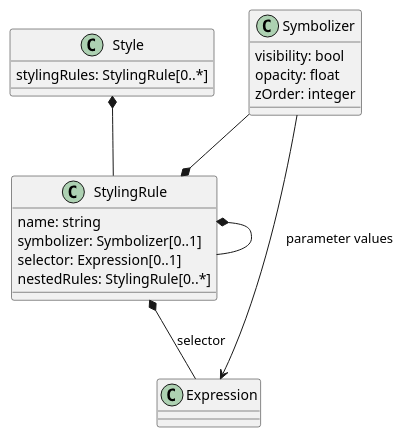
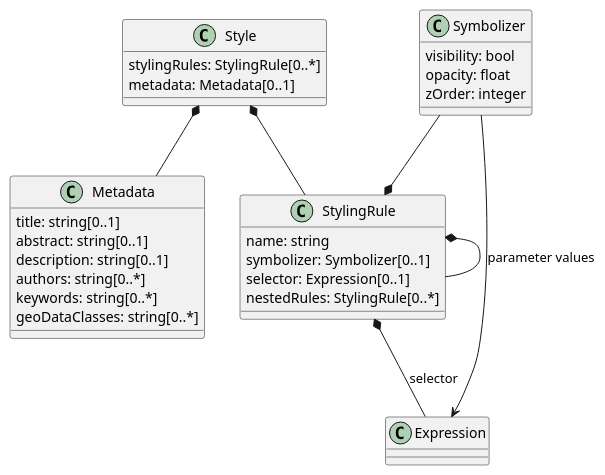
The first of 6 diagrams in 1-core/sections/clause_7_core.adoc (opengeospatial/styles-and-symbology), drawn with PlantUML before and after one commit. The commit also changed other lines of this file and 1 other file, not shown here.

Commit message:
add style metadata

```diff
--- a/1-core/sections/clause_7_core.adoc
+++ b/1-core/sections/clause_7_core.adoc
@@ -9,22 +9,31 @@
 [plantuml, target=diagram-classes, format=png]
 ....
 Style : stylingRules: StylingRule[0..*]
 Style *-- StylingRule
+Style : metadata: Metadata[0..1]
+Style *-- Metadata
+
+Metadata : title: string[0..1]
+Metadata : abstract: string[0..1]
+Metadata : description: string[0..1]
+Metadata : authors: string[0..*]
+Metadata : keywords: string[0..*]
+Metadata : geoDataClasses: string[0..*]
 
 StylingRule : name: string
 StylingRule : symbolizer: Symbolizer[0..1]
 StylingRule : selector: Expression[0..1]
 StylingRule : nestedRules: StylingRule[0..*]
 StylingRule *-- StylingRule
 StylingRule *-- Expression : selector
 
 Symbolizer : visibility: bool
 Symbolizer : opacity: float
 Symbolizer : zOrder: integer
 Symbolizer --* StylingRule
 Symbolizer --> Expression : parameter values
 
 /'Note: zOrder needs discussion on whether it should be relative or float
 and how to relate to encodings where the visual priority order
 comes from the order of the rules.'/
 ....
```
